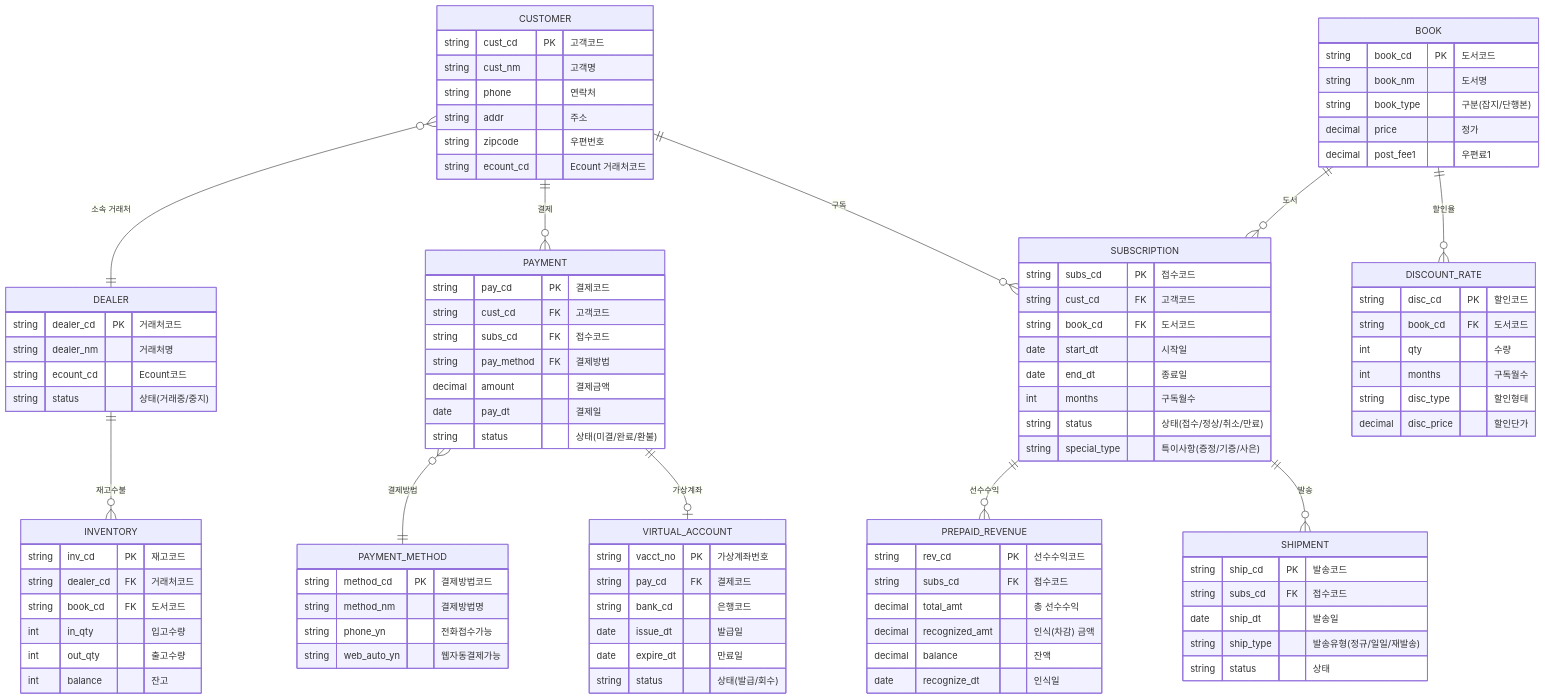
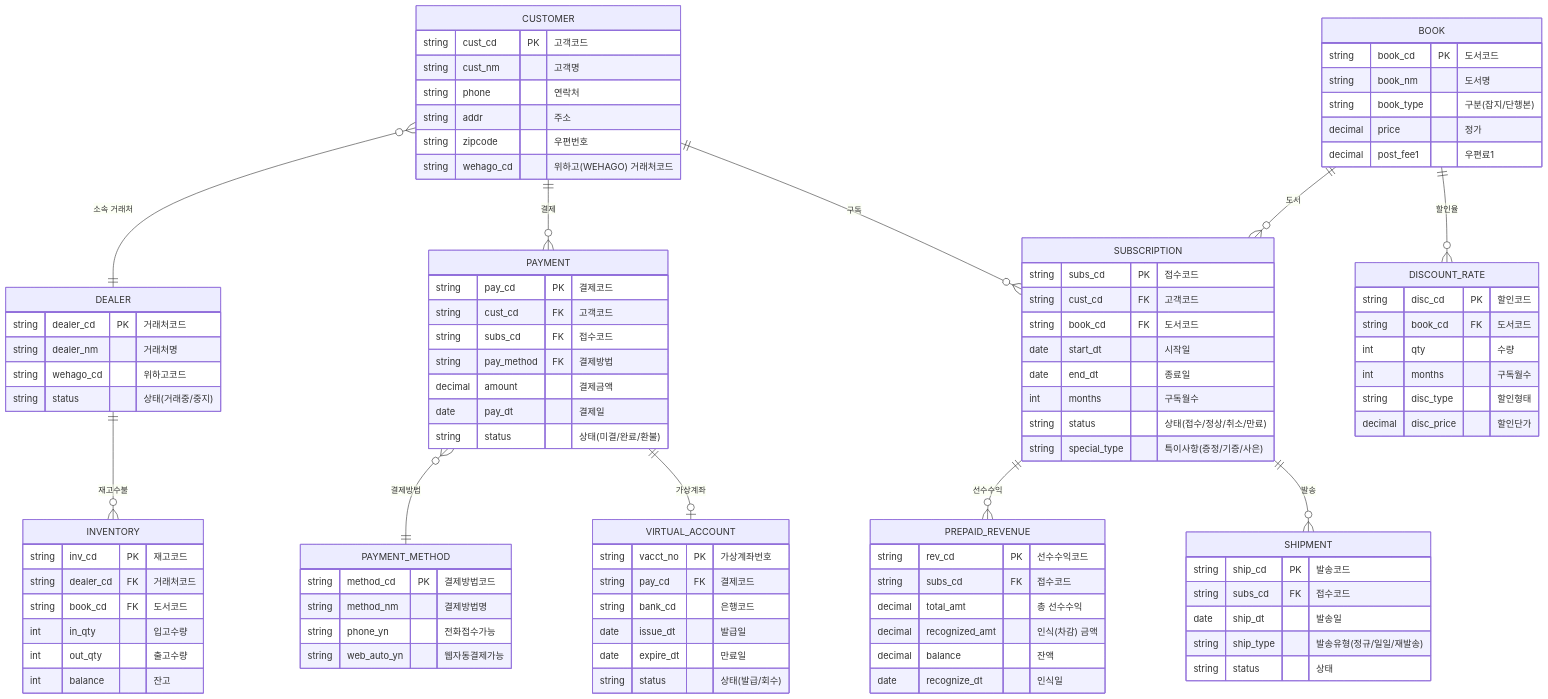
The fourth of 6 diagrams in src/content/docs/goodthinking-isp/02-analysis/system-diagnosis.md (sknkwoxs/manual-book), drawn with Mermaid before and after one commit. The commit also changed other lines of this file and 16 other files, not shown here.

```diff
--- a/src/content/docs/goodthinking-isp/02-analysis/system-diagnosis.md
+++ b/src/content/docs/goodthinking-isp/02-analysis/system-diagnosis.md
@@ -333,7 +333,7 @@
         string phone "연락처"
         string addr "주소"
         string zipcode "우편번호"
-        string ecount_cd "Ecount 거래처코드"
+        string wehago_cd "위하고(WEHAGO) 거래처코드"
     }
 
     SUBSCRIPTION {
@@ -386,7 +386,7 @@
     DEALER {
         string dealer_cd PK "거래처코드"
         string dealer_nm "거래처명"
-        string ecount_cd "Ecount코드"
+        string wehago_cd "위하고코드"
         string status "상태(거래중/중지)"
     }
 
```
